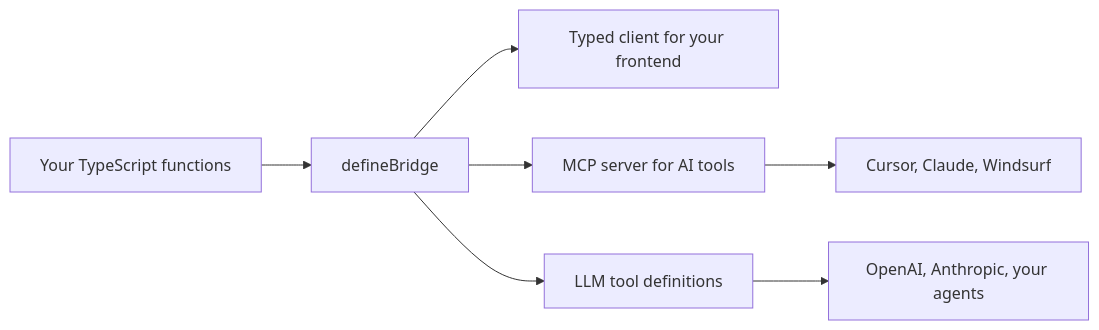
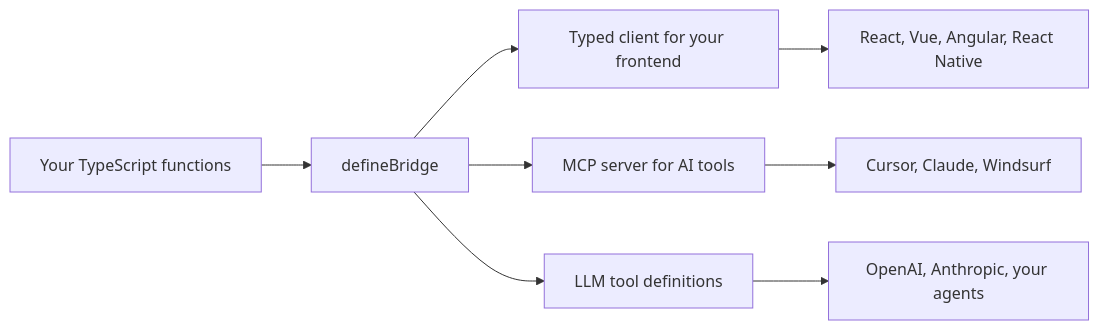
The diagram in readme.md (neilveil/typed-bridge), drawn with Mermaid before and after one commit. The commit also changed other lines of this file and 18 other files, not shown here.

````diff
--- a/readme.md
+++ b/readme.md
@@ -35,9 +37,10 @@
 ```mermaid
 flowchart LR
     A[Your TypeScript functions] --> B[defineBridge]
     B --> C[Typed client for your frontend]
     B --> D[MCP server for AI tools]
     B --> E[LLM tool definitions]
+    C --> H[React, Vue, Angular, React Native]
     D --> F[Cursor, Claude, Windsurf]
     E --> G[OpenAI, Anthropic, your agents]
 ```
````
